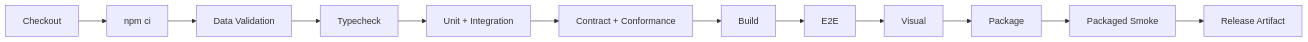
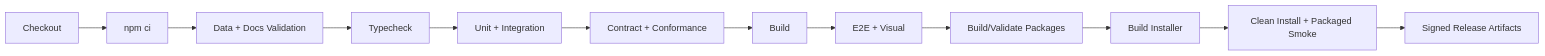
One commit to mkunze8187-cmd/bible-challenge changed the third of 3 diagrams in docs/development/build-test-deploy.md. Above: the diagram before and after it, drawn with Mermaid. The commit also changed other lines of this file, not shown here.

Commit message:
Expand build release guidance for packages and entitlements

````diff
--- a/docs/development/build-test-deploy.md
+++ b/docs/development/build-test-deploy.md
@@ -216,14 +223,14 @@
 ```mermaid
 flowchart LR
   C[Checkout] --> I[npm ci]
-  I --> D[Data Validation]
+  I --> D[Data + Docs Validation]
   D --> T[Typecheck]
   T --> U[Unit + Integration]
   U --> K[Contract + Conformance]
   K --> B[Build]
-  B --> E[E2E]
-  E --> V[Visual]
-  V --> P[Package]
-  P --> S[Packaged Smoke]
-  S --> A[Release Artifact]
+  B --> E[E2E + Visual]
+  E --> PK[Build/Validate Packages]
+  PK --> P[Build Installer]
+  P --> S[Clean Install + Packaged Smoke]
+  S --> A[Signed Release Artifacts]
 ```
````
